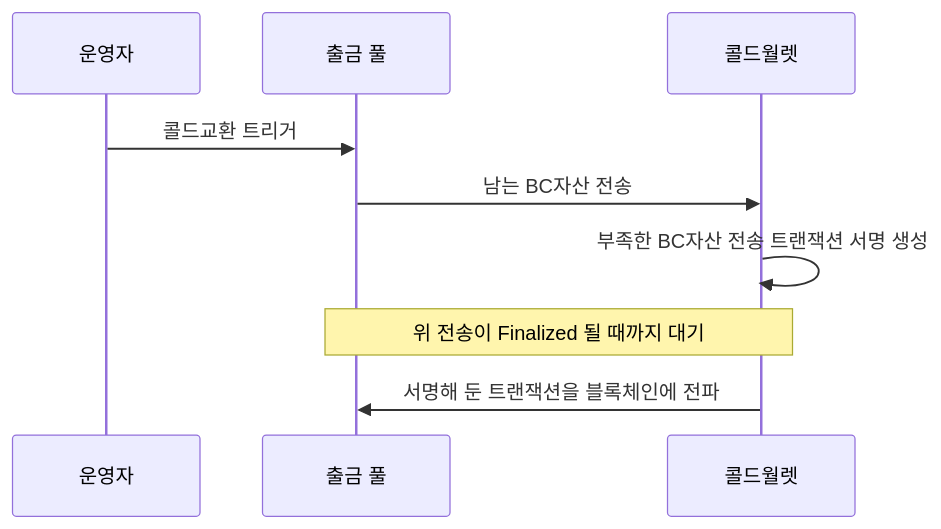
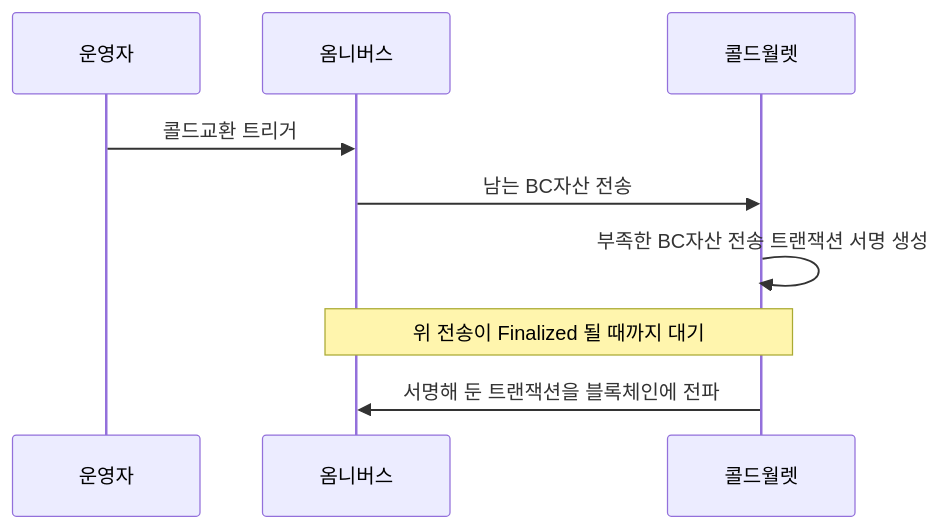
One commit to eunsujeo/eunpus changed the second of 2 diagrams in blockchain-manager/docs/블록체인매니저/브릿지/01-problem.md. Above: the diagram before and after it, drawn with Mermaid. The commit also changed other lines of this file and 6 other files, not shown here.

````diff
--- a/blockchain-manager/docs/블록체인매니저/브릿지/01-problem.md
+++ b/blockchain-manager/docs/블록체인매니저/브릿지/01-problem.md
@@ -76,12 +90,12 @@
 ```mermaid
 sequenceDiagram
   participant O as 운영자
-  participant S as 출금 풀
+  participant S as 옴니버스
   participant C as 콜드월렛
 
   O->>S: 콜드교환 트리거
   S->>C: 남는 BC자산 전송
   C->>C: 부족한 BC자산 전송 트랜잭션 서명 생성
   Note over S,C: 위 전송이 Finalized 될 때까지 대기
   C->>S: 서명해 둔 트랜잭션을 블록체인에 전파
 ```
````
